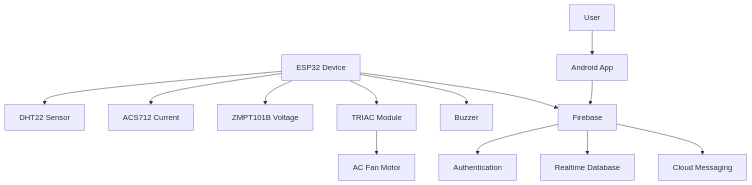
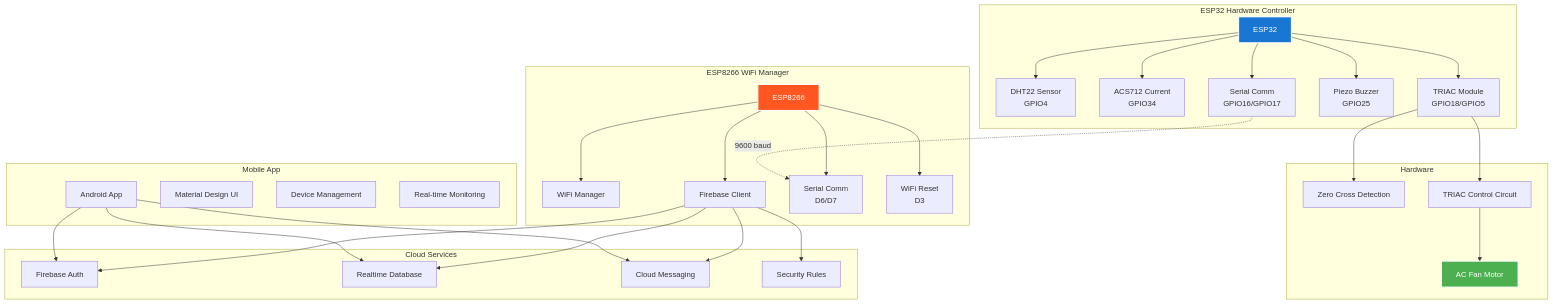
The diagram in README.md (qppd/IoT-Smart-Fan), drawn with Mermaid before and after one commit. The commit also changed other lines of this file and 5 other files, not shown here.

````diff
--- a/README.md
+++ b/README.md
@@ -702,17 +978,53 @@
 ```mermaid
 graph TB
-    A[ESP32 Device] --> B[DHT22 Sensor]
-    A --> C[ACS712 Current]
-    A --> D[ZMPT101B Voltage]
-    A --> E[TRIAC Module]
-    A --> F[Buzzer]
-    A --> G[Firebase]
+    subgraph "ESP32 Hardware Controller"
+        A[ESP32] --> B[DHT22 Sensor<br/>GPIO4]
+        A --> C[ACS712 Current<br/>GPIO34]
+        A --> E[TRIAC Module<br/>GPIO18/GPIO5]
+        A --> F[Piezo Buzzer<br/>GPIO25]
+        A --> G[Serial Comm<br/>GPIO16/GPIO17]
+    end
     
-    H[Android App] --> G
-    G --> I[Authentication]
-    G --> J[Realtime Database]
-    G --> K[Cloud Messaging]
+    subgraph "ESP8266 WiFi Manager"
+        H[ESP8266] --> I[WiFi Manager]
+        H --> J[Firebase Client]
+        H --> K[Serial Comm<br/>D6/D7]
+        H --> L[WiFi Reset<br/>D3]
+    end
     
-    L[User] --> H
-    E --> M[AC Fan Motor]
+    subgraph "Cloud Services"
+        M[Firebase Auth]
+        N[Realtime Database] 
+        O[Cloud Messaging]
+        P[Security Rules]
+    end
+    
+    subgraph "Mobile App"
+        Q[Android App]
+        R[Material Design UI]
+        S[Device Management]
+        T[Real-time Monitoring]
+    end
+    
+    subgraph "Hardware"
+        U[AC Fan Motor]
+        V[Zero Cross Detection]
+        W[TRIAC Control Circuit]
+    end
+    
+    G -.->|9600 baud| K
+    E --> V
+    E --> W
+    W --> U
+    J --> M
+    J --> N
+    J --> O
+    J --> P
+    Q --> M
+    Q --> N
+    Q --> O
+    
+    style A fill:#1976D2,stroke:#fff,stroke-width:2px,color:#fff
+    style H fill:#FF5722,stroke:#fff,stroke-width:2px,color:#fff
+    style U fill:#4CAF50,stroke:#fff,stroke-width:2px,color:#fff
 ```
````
